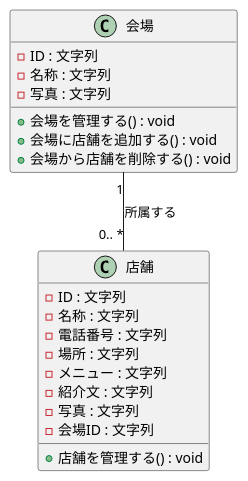
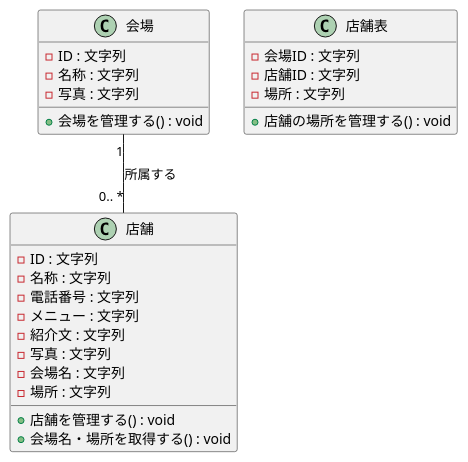
The third of 7 diagrams in 03_event-shop-app/3_実装用の図.md (zakzakst/object-oriented-practice), drawn with PlantUML before and after one commit. The commit also changed other lines of this file, not shown here.

Commit message:
練習3：イベント店舗管理アプリ（実装用の図追加）

````diff
--- a/03_event-shop-app/3_実装用の図.md
+++ b/03_event-shop-app/3_実装用の図.md
@@ -62,24 +71,29 @@
 ```puml
 @startuml
 class 会場 {
   - ID : 文字列
   - 名称 : 文字列
   - 写真 : 文字列
   + 会場を管理する() : void
-  + 会場に店舗を追加する() : void
-  + 会場から店舗を削除する() : void
 }
 class 店舗 {
   - ID : 文字列
   - 名称 : 文字列
   - 電話番号 : 文字列
-  - 場所 : 文字列
   - メニュー : 文字列
   - 紹介文 : 文字列
   - 写真 : 文字列
+  - 会場名 : 文字列
+  - 場所 : 文字列
+  + 店舗を管理する() : void
+  + 会場名・場所を取得する() : void
+}
+class 店舗表 {
   - 会場ID : 文字列
-  + 店舗を管理する() : void
+  - 店舗ID : 文字列
+  - 場所 : 文字列
+  + 店舗の場所を管理する() : void
 }
 会場 "1" -- "0.. *" 店舗 : 所属する
 @enduml
 ```
````
